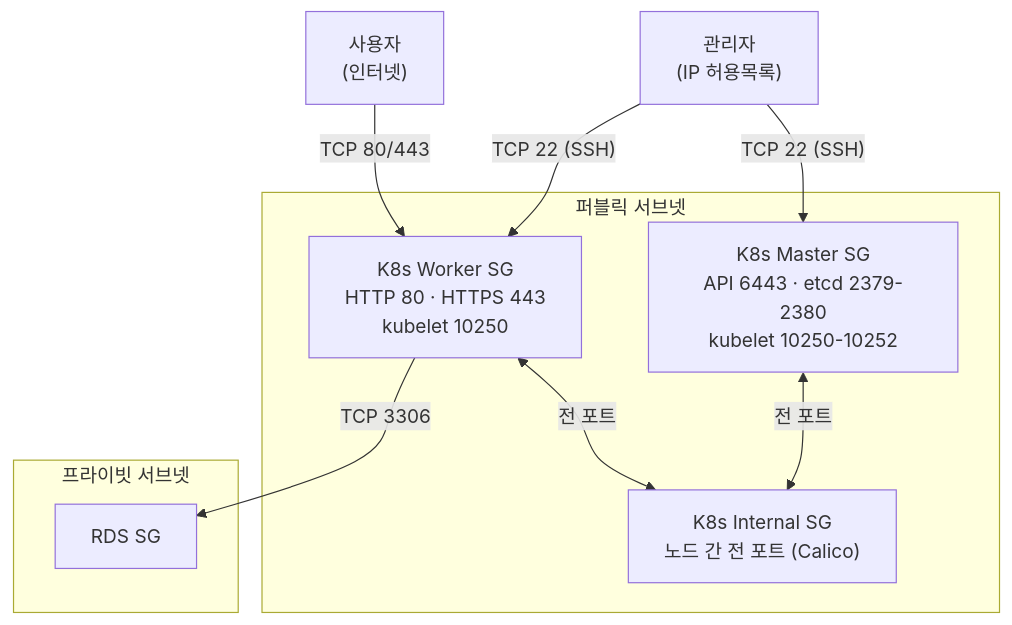
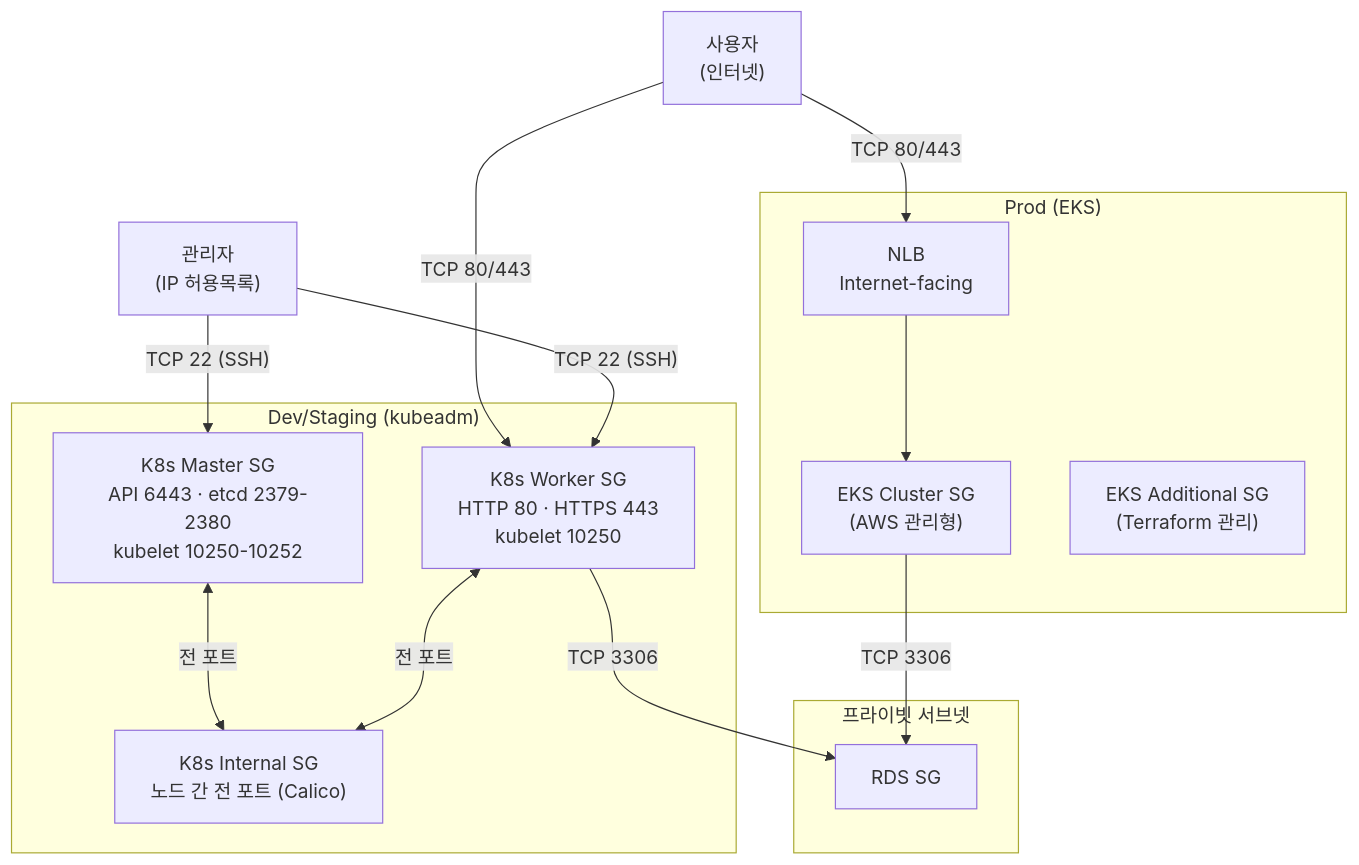
One commit to 80-hours-a-week/2-cho-community-infra changed the third of 3 diagrams in README.md. Above: the diagram before and after it, drawn with Mermaid. The commit also changed other lines of this file and 1 other file, not shown here.

First line of the commit message:
docs: README.md 및 report.md를 현재 EKS Prod 인프라에 맞게 갱신

````diff
--- a/README.md
+++ b/README.md
@@ -227,22 +240,33 @@
 ```mermaid
 flowchart TD
+    User["사용자<br/>(인터넷)"]
     Admin["관리자<br/>(IP 허용목록)"]
-    User["사용자<br/>(인터넷)"]
 
-    subgraph Public["퍼블릭 서브넷"]
+    subgraph ProdArch["Prod (EKS)"]
+        NLB["NLB<br/>Internet-facing"]
+        EKS_ClusterSG["EKS Cluster SG<br/>(AWS 관리형)"]
+        EKS_AdditionalSG["EKS Additional SG<br/>(Terraform 관리)"]
+    end
+
+    subgraph DevStaging["Dev/Staging (kubeadm)"]
         K8sMaster["K8s Master SG<br/>API 6443 · etcd 2379-2380<br/>kubelet 10250-10252"]
         K8sWorker["K8s Worker SG<br/>HTTP 80 · HTTPS 443<br/>kubelet 10250"]
         K8sInternal["K8s Internal SG<br/>노드 간 전 포트 (Calico)"]
     end
 
     subgraph Private["프라이빗 서브넷"]
         RDSSG["RDS SG"]
     end
 
+    User -->|"TCP 80/443"| NLB
+    NLB --> EKS_ClusterSG
+
     User -->|"TCP 80/443"| K8sWorker
     Admin -->|"TCP 22 (SSH)"| K8sMaster
     Admin -->|"TCP 22 (SSH)"| K8sWorker
     K8sMaster <-->|"전 포트"| K8sInternal
     K8sWorker <-->|"전 포트"| K8sInternal
+
+    EKS_ClusterSG -->|"TCP 3306"| RDSSG
     K8sWorker -->|"TCP 3306"| RDSSG
 ```
````
